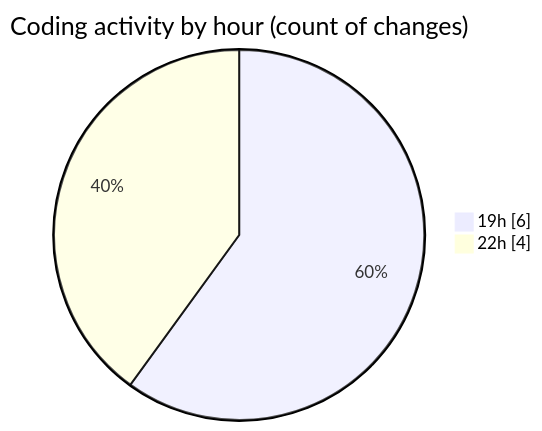
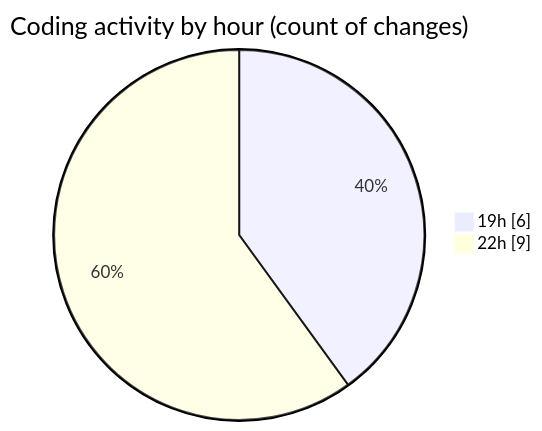
Before and after one commit to Netris89/code-tracking: the second of 2 diagrams in 2025-04-18/echo/README.md, drawn with Mermaid. The commit also changed other lines of this file and 1 other file, not shown here.

````diff
--- a/2025-04-18/echo/README.md
+++ b/2025-04-18/echo/README.md
@@ -32,6 +32,6 @@
 ```mermaid
 pie showData
 title Coding activity by hour (count of changes)
 "19h" : 6
-"22h" : 4
+"22h" : 9
 ```
````
